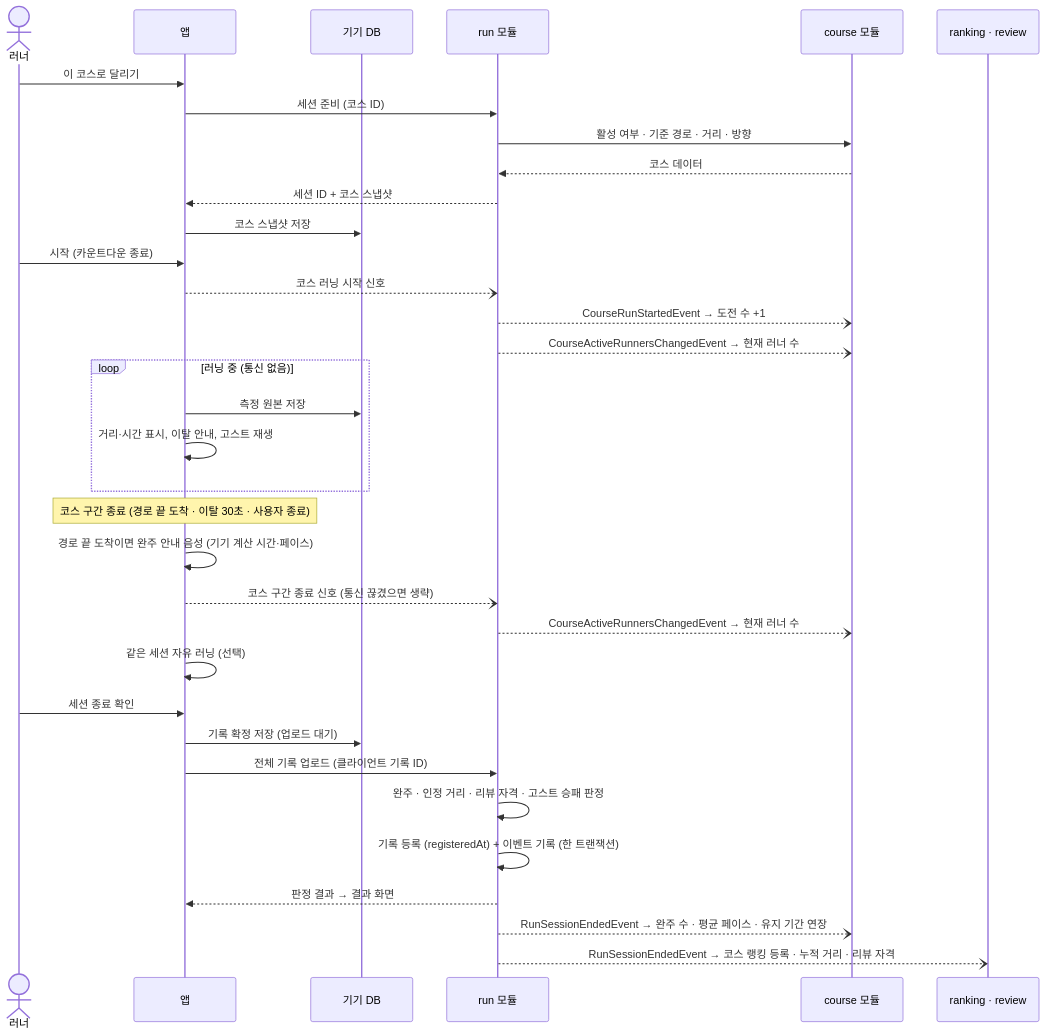
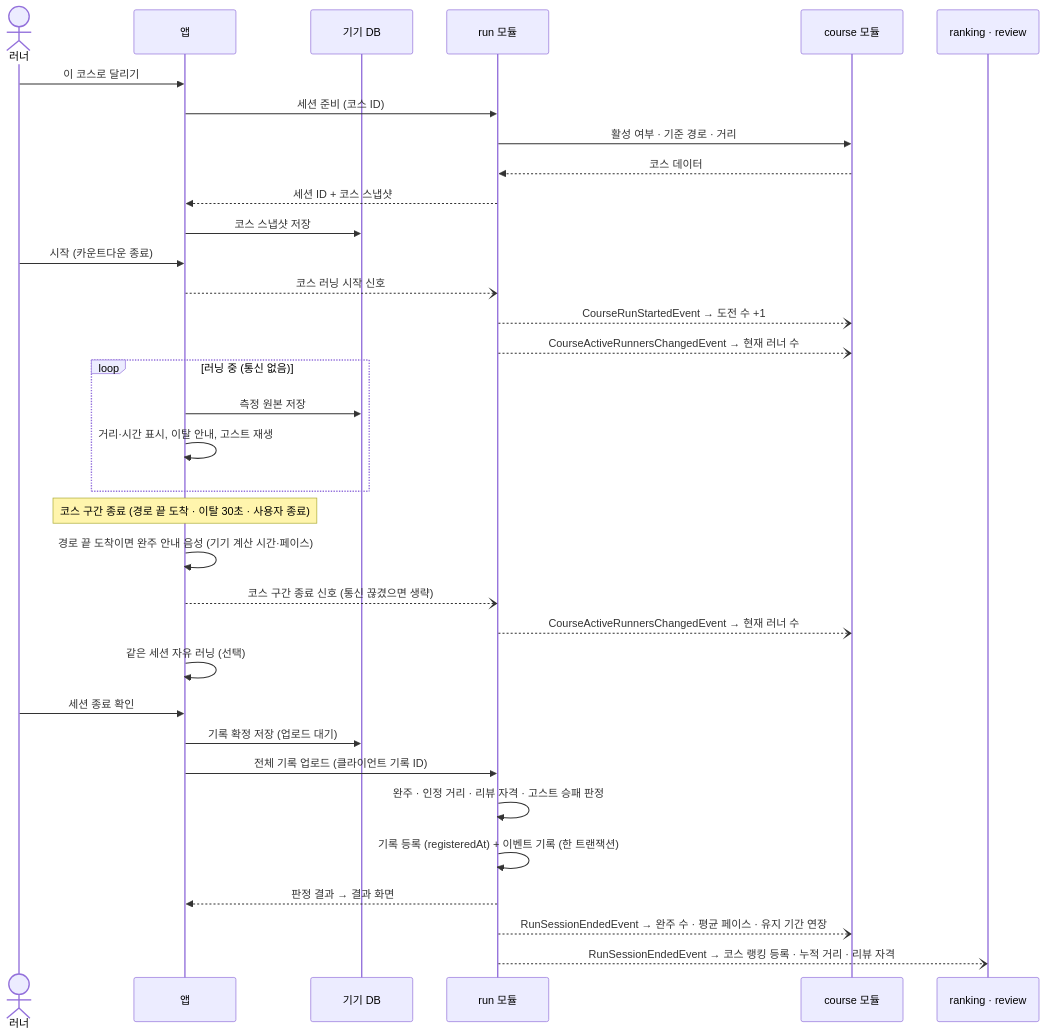
The third of 4 diagrams in 개발 정책 v3.md (SunMoonUniv/WADADAK), drawn with Mermaid before and after one commit. The commit also changed other lines of this file and 3 other files, not shown here.

````diff
--- a/개발 정책 v3.md
+++ b/개발 정책 v3.md
@@ -300,41 +302,41 @@
 ```mermaid
 sequenceDiagram
     actor U as 러너
     participant A as 앱
     participant L as 기기 DB
     participant R as run 모듈
     participant C as course 모듈
     participant K as ranking · review
 
     U->>A: 이 코스로 달리기
     A->>R: 세션 준비 (코스 ID)
-    R->>C: 활성 여부 · 기준 경로 · 거리 · 방향
+    R->>C: 활성 여부 · 기준 경로 · 거리
     C-->>R: 코스 데이터
     R-->>A: 세션 ID + 코스 스냅샷
     A->>L: 코스 스냅샷 저장
 
     U->>A: 시작 (카운트다운 종료)
     A--)R: 코스 러닝 시작 신호
     R--)C: CourseRunStartedEvent → 도전 수 +1
     R--)C: CourseActiveRunnersChangedEvent → 현재 러너 수
 
     loop 러닝 중 (통신 없음)
         A->>L: 측정 원본 저장
         A->>A: 거리·시간 표시, 이탈 안내, 고스트 재생
     end
 
     Note over A: 코스 구간 종료 (경로 끝 도착 · 이탈 30초 · 사용자 종료)
     A->>A: 경로 끝 도착이면 완주 안내 음성 (기기 계산 시간·페이스)
     A--)R: 코스 구간 종료 신호 (통신 끊겼으면 생략)
     R--)C: CourseActiveRunnersChangedEvent → 현재 러너 수
     A->>A: 같은 세션 자유 러닝 (선택)
 
     U->>A: 세션 종료 확인
     A->>L: 기록 확정 저장 (업로드 대기)
     A->>R: 전체 기록 업로드 (클라이언트 기록 ID)
     R->>R: 완주 · 인정 거리 · 리뷰 자격 · 고스트 승패 판정
     R->>R: 기록 등록 (registeredAt) + 이벤트 기록 (한 트랜잭션)
     R-->>A: 판정 결과 → 결과 화면
     R--)C: RunSessionEndedEvent → 완주 수 · 평균 페이스 · 유지 기간 연장
     R--)K: RunSessionEndedEvent → 코스 랭킹 등록 · 누적 거리 · 리뷰 자격
 ```
````
